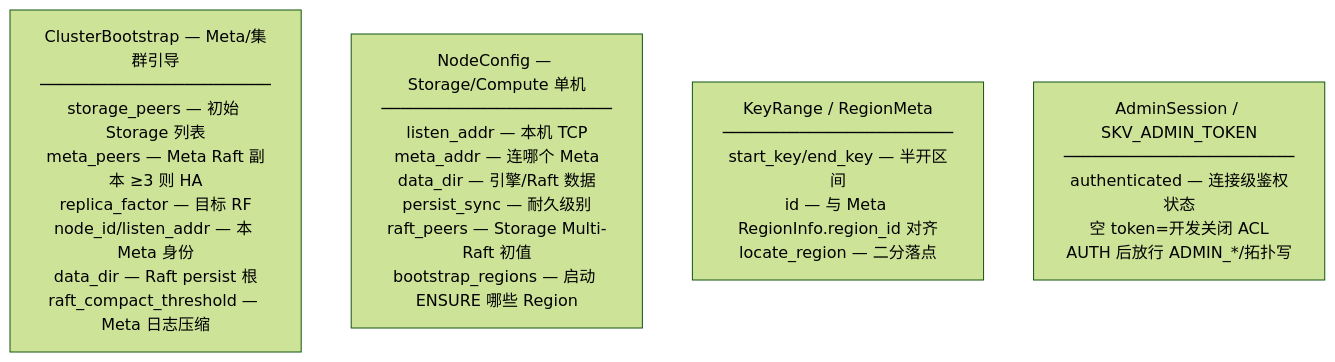
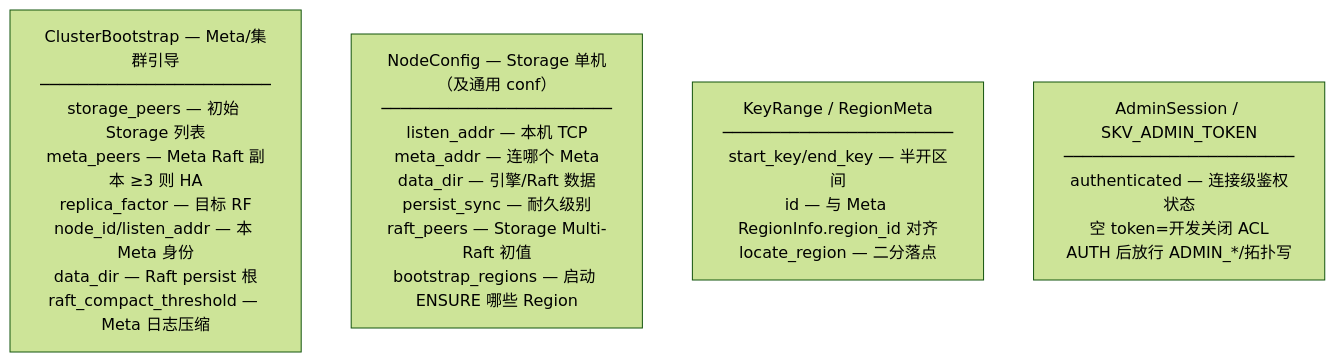
One commit to devotionalist/openkv changed the second of 3 diagrams in docs/topology/COMMON_DATA_TOPOLOGY.md. Above: the diagram before and after it, drawn with Mermaid (forest theme). The commit also changed other lines of this file and 115 other files, not shown here.

````diff
--- a/docs/topology/COMMON_DATA_TOPOLOGY.md
+++ b/docs/topology/COMMON_DATA_TOPOLOGY.md
@@ -60,10 +60,10 @@
 ```mermaid
 flowchart TB
   CB["ClusterBootstrap — Meta/集群引导<br/>────────────────────────<br/>storage_peers — 初始 Storage 列表<br/>meta_peers — Meta Raft 副本 ≥3 则 HA<br/>replica_factor — 目标 RF<br/>node_id/listen_addr — 本 Meta 身份<br/>data_dir — Raft persist 根<br/>raft_compact_threshold — Meta 日志压缩"]
 
-  NC["NodeConfig — Storage/Compute 单机<br/>────────────────────────<br/>listen_addr — 本机 TCP<br/>meta_addr — 连哪个 Meta<br/>data_dir — 引擎/Raft 数据<br/>persist_sync — 耐久级别<br/>raft_peers — Storage Multi-Raft 初值<br/>bootstrap_regions — 启动 ENSURE 哪些 Region"]
+  NC["NodeConfig — Storage 单机（及通用 conf）<br/>────────────────────────<br/>listen_addr — 本机 TCP<br/>meta_addr — 连哪个 Meta<br/>data_dir — 引擎/Raft 数据<br/>persist_sync — 耐久级别<br/>raft_peers — Storage Multi-Raft 初值<br/>bootstrap_regions — 启动 ENSURE 哪些 Region"]
 
   KR["KeyRange / RegionMeta<br/>────────────────────────<br/>start_key/end_key — 半开区间<br/>id — 与 Meta RegionInfo.region_id 对齐<br/>locate_region — 二分落点"]
 
   ACL["AdminSession / SKV_ADMIN_TOKEN<br/>────────────────────────<br/>authenticated — 连接级鉴权状态<br/>空 token=开发关闭 ACL<br/>AUTH 后放行 ADMIN_*/拓扑写"]
 ```
````
